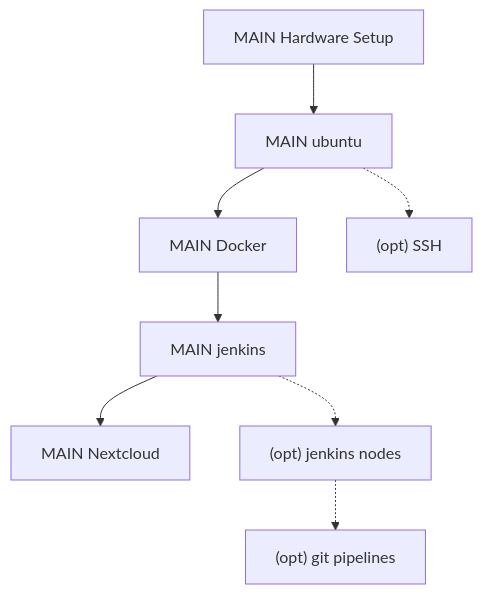
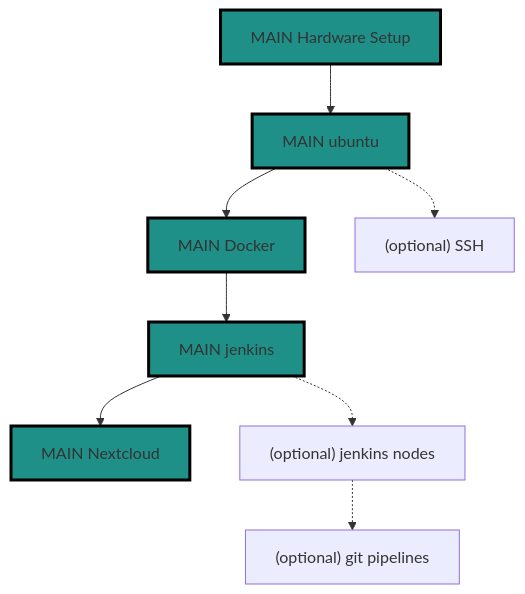
Before and after one commit to slreynolds/decentralize-your-internet: the diagram in README.md, drawn with Mermaid. The commit also changed other lines of this file and 8 other files, not shown here.

Commit message:
feat: add jenkins optional scripts

````diff
--- a/README.md
+++ b/README.md
@@ -2,11 +2,17 @@
 ```mermaid
 flowchart TD
     0["MAIN Hardware Setup"] --> 1
     1["MAIN ubuntu"] --> 2
     2["MAIN Docker"] --> 3
     3["MAIN jenkins"] --> 4
     4["MAIN Nextcloud"]
-    1 -.-> 1_1["(opt) SSH"]
-    3 -.-> 3_1["(opt) jenkins nodes"]
-    3_1 -.-> 3_2["(opt) git pipelines"]
+    1 -.-> 1_1["(optional) SSH"]
+    3 -.-> 3_1["(optional) jenkins nodes"]
+    3_1 -.-> 3_2["(optional) git pipelines"]
+    
+    style 0 fill:#1E9088,stroke:#000,stroke-width:3px
+    style 1 fill:#1E9088,stroke:#000,stroke-width:3px
+    style 2 fill:#1E9088,stroke:#000,stroke-width:3px
+    style 3 fill:#1E9088,stroke:#000,stroke-width:3px
+    style 4 fill:#1E9088,stroke:#000,stroke-width:3px
 ```
````
